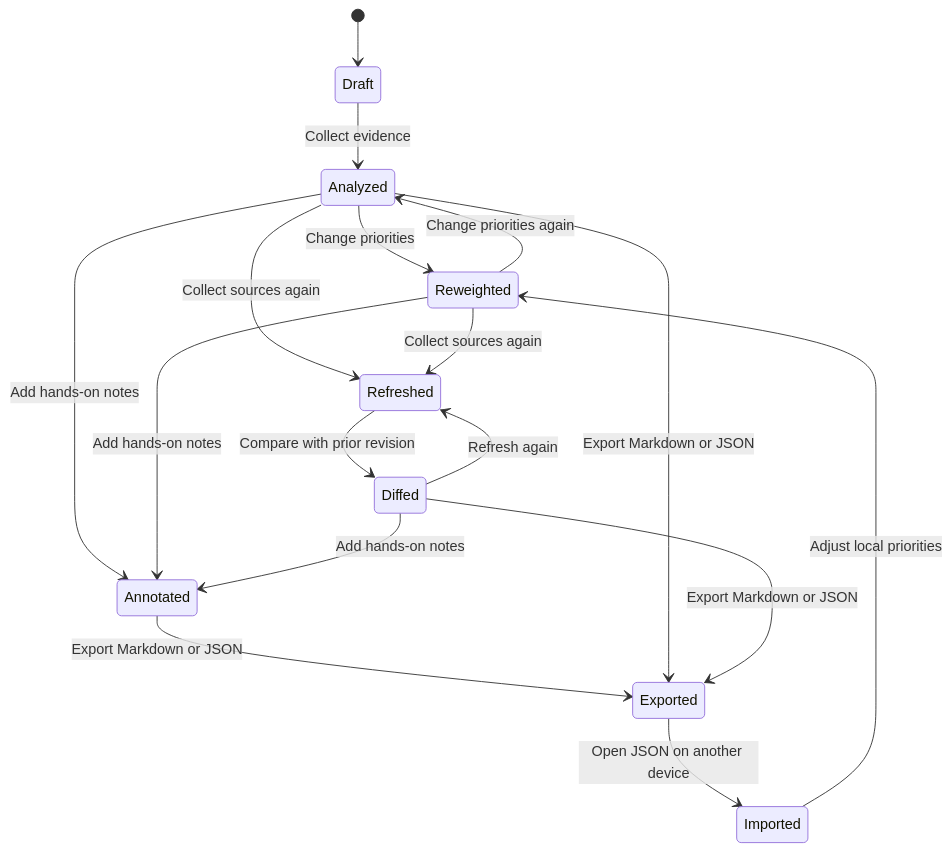
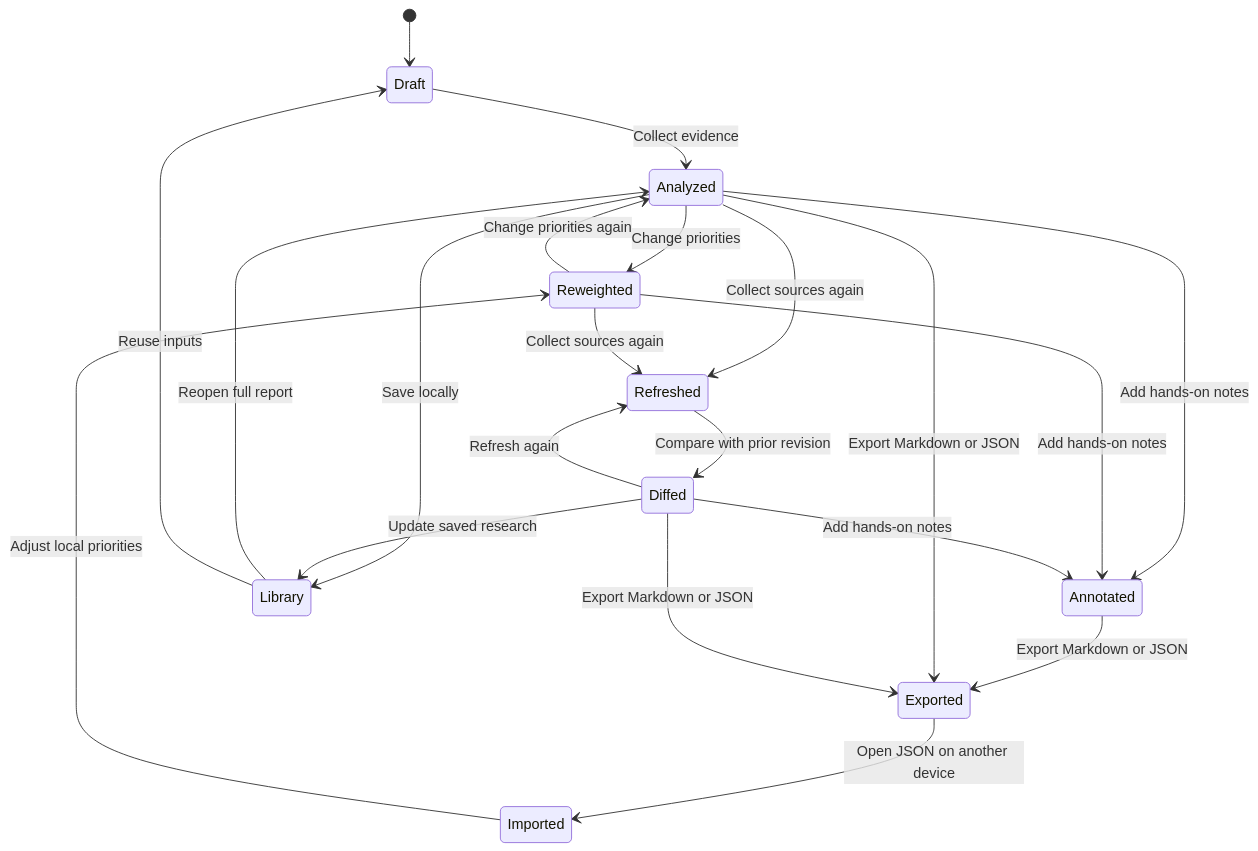
One commit to wp043/fitlens changed the fourth of 5 diagrams in README.md. Above: the diagram before and after it, drawn with Mermaid. The commit also changed other lines of this file and 5 other files, not shown here.

Commit message:
feat(library): add local research search

````diff
--- a/README.md
+++ b/README.md
@@ -259,19 +263,23 @@
 ```mermaid
 stateDiagram-v2
     [*] --> Draft
     Draft --> Analyzed: Collect evidence
     Analyzed --> Reweighted: Change priorities
     Reweighted --> Analyzed: Change priorities again
     Analyzed --> Refreshed: Collect sources again
     Reweighted --> Refreshed: Collect sources again
     Refreshed --> Diffed: Compare with prior revision
     Diffed --> Refreshed: Refresh again
     Analyzed --> Annotated: Add hands-on notes
     Reweighted --> Annotated: Add hands-on notes
     Diffed --> Annotated: Add hands-on notes
+    Analyzed --> Library: Save locally
+    Diffed --> Library: Update saved research
+    Library --> Analyzed: Reopen full report
+    Library --> Draft: Reuse inputs
     Annotated --> Exported: Export Markdown or JSON
     Analyzed --> Exported: Export Markdown or JSON
     Diffed --> Exported: Export Markdown or JSON
     Exported --> Imported: Open JSON on another device
     Imported --> Reweighted: Adjust local priorities
 ```
````
